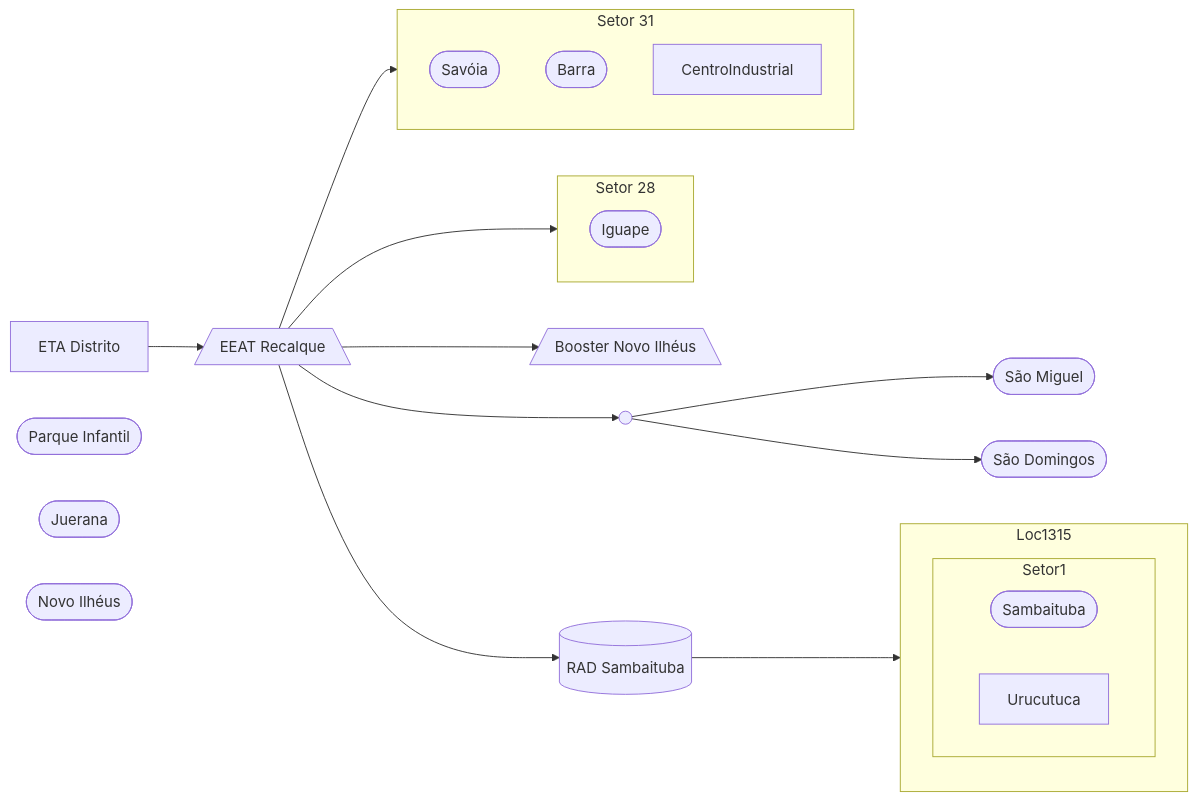
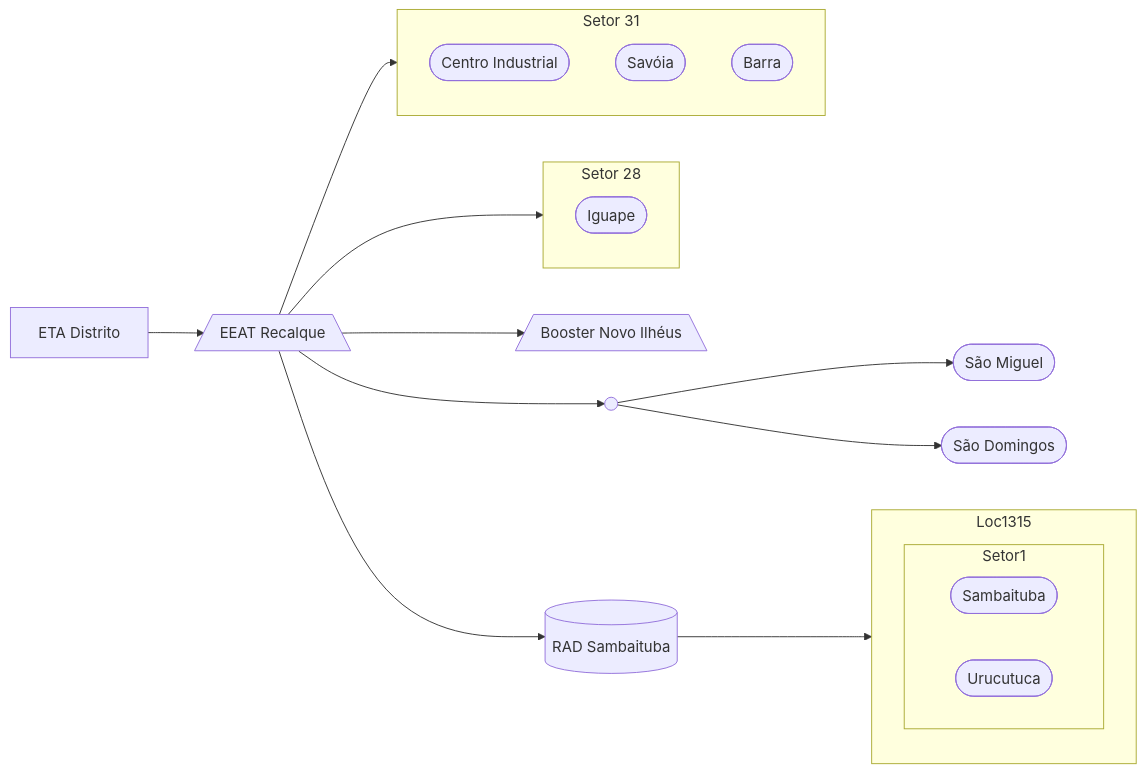
One commit to iagovls/CCO-Documentation changed the diagram in ETA Distrito/EEAT Recalque.md. Above: the diagram before and after it, drawn with Mermaid. The commit also changed other lines of this file, not shown here.

````diff
--- a/ETA Distrito/EEAT Recalque.md
+++ b/ETA Distrito/EEAT Recalque.md
@@ -51,64 +45,64 @@
 ```mermaid
 flowchart LR
         
     ETA["ETA Distrito"] 
     EEATRecalque[/"EEAT Recalque"\]
     BoosterNovoIlheus[/"Booster Novo Ilhéus"\]
     click BoosterNovoIlheus "https://github.com/iagovls/CCO-Documentation/blob/main/ETA%20Distrito/Booster%20Novo%20Ilh%C3%A9us.md"
     RADSambaituba[(RAD Sambaituba)]
+    Sambaituba(["Sambaituba"]) 
+    Urucutuca(["Urucutuca"]) 
+    CentroIndustrial(["Centro Industrial"]) 
     Iguape(["Iguape"]) 
     Savoia(["Savóia"]) 
     Barra(["Barra"]) 
-    ParqueInfantil(["Parque Infantil"]) 
     SaoMiguel(["São Miguel"]) 
     SaoDomingos(["São Domingos"]) 
-    Juerana(["Juerana"]) 
-    Sambaituba(["Sambaituba"]) 
-    NovoIlheus(["Novo Ilhéus"])
     A@{ shape: sm-circ, label: "Small start" }
 
     %% Ligações
     ETA --> EEATRecalque
+
     EEATRecalque --> Setor28
     EEATRecalque --> Setor31
 
     %% São Miguel e São Domingos
     EEATRecalque --> A
     A --> SaoMiguel
     A --> SaoDomingos
 
 
     %% Iguape
     subgraph Setor28 [Setor 28]
       Iguape
     end
 
 
     %% Setor 31
     subgraph Setor31 [Setor 31]
       CentroIndustrial
       Barra
       Savoia
     end
 
 %% Sambaituba  
     subgraph Loc1315
       subgraph Setor1
         Sambaituba
         Urucutuca
       end 
     end
 
     EEATRecalque --> RADSambaituba
     RADSambaituba --> Loc1315
 
     
 
     EEATRecalque --> BoosterNovoIlheus
 
 
     
 
     
         
 ```
````
